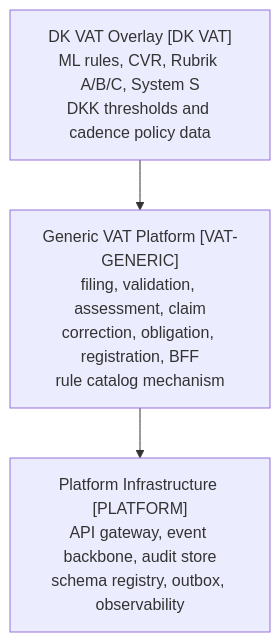
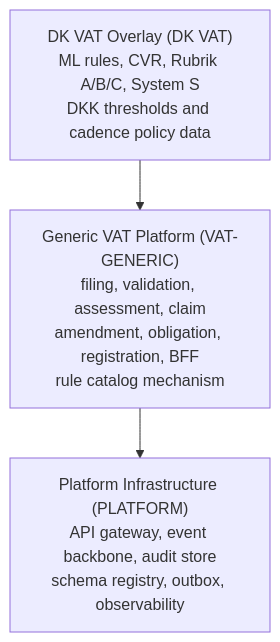
The first of 14 diagrams in design/01-vat-filing-assessment-solution-design.md (nc-tbi/VATRI-Codex), drawn with Mermaid before and after one commit. The commit also changed other lines of this file and 14 other files, not shown here.

Commit message:
Harden Mermaid and rebuild formal drawio architecture diagrams

````diff
--- a/design/01-vat-filing-assessment-solution-design.md
+++ b/design/01-vat-filing-assessment-solution-design.md
@@ -78,9 +78,9 @@
 ```mermaid
 flowchart TB
-    DK["DK VAT Overlay [DK VAT]\nML rules, CVR, Rubrik A/B/C, System S\nDKK thresholds and cadence policy data"]
-    VAT["Generic VAT Platform [VAT-GENERIC]\nfiling, validation, assessment, claim\ncorrection, obligation, registration, BFF\nrule catalog mechanism"]
-    PLAT["Platform Infrastructure [PLATFORM]\nAPI gateway, event backbone, audit store\nschema registry, outbox, observability"]
+    DK["DK VAT Overlay (DK VAT)<br/>ML rules, CVR, Rubrik A/B/C, System S<br/>DKK thresholds and cadence policy data"]
+    VAT["Generic VAT Platform (VAT-GENERIC)<br/>filing, validation, assessment, claim<br/>amendment, obligation, registration, BFF<br/>rule catalog mechanism"]
+    PLAT["Platform Infrastructure (PLATFORM)<br/>API gateway, event backbone, audit store<br/>schema registry, outbox, observability"]
 
     DK --> VAT
     VAT --> PLAT
 ```
````
